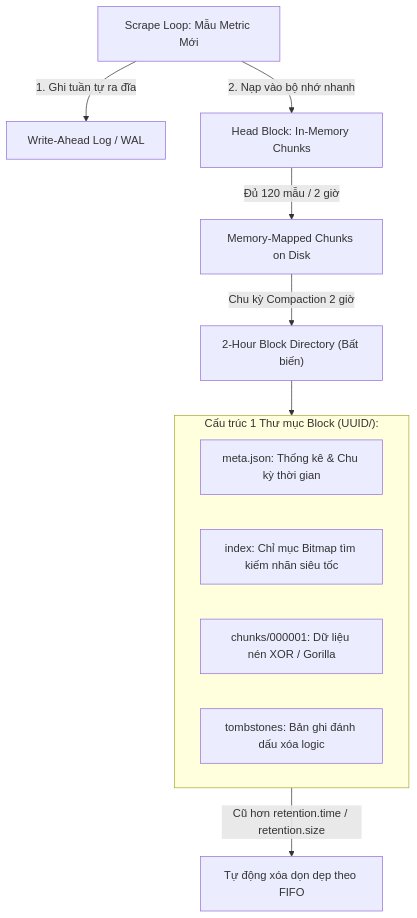
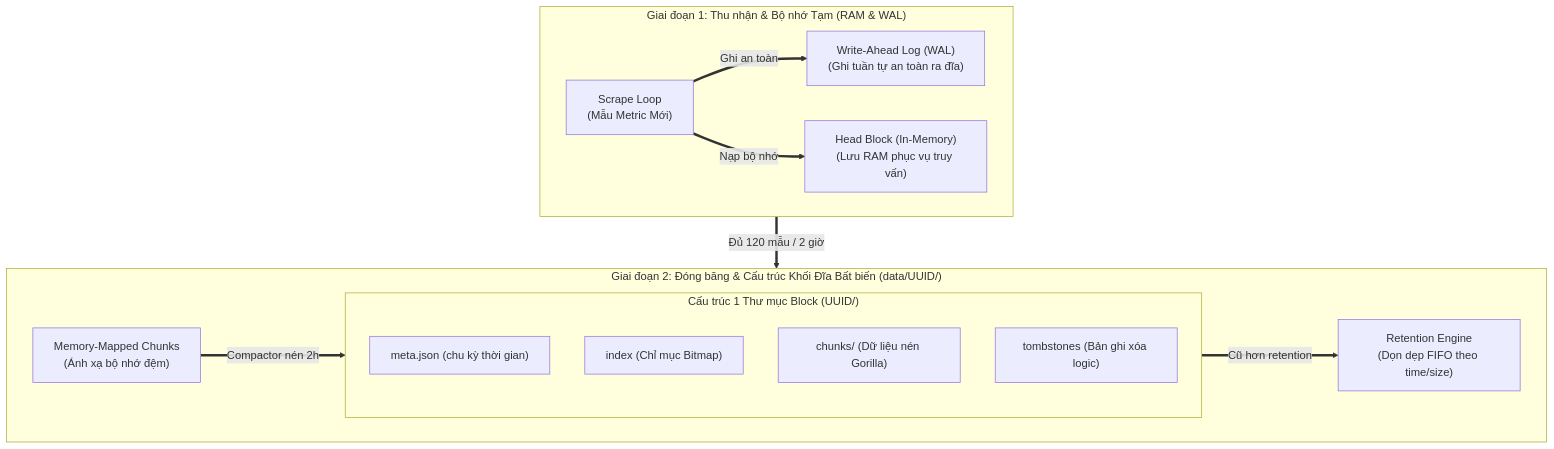
The tenth of 11 diagrams in report.md (DucPham-it/linux_op_lab1), drawn with Mermaid before and after one commit. The commit also changed other lines of this file and 3 other files, not shown here.

````diff
--- a/report.md
+++ b/report.md
@@ -1242,18 +1291,31 @@
 ```mermaid
 flowchart TD
-    Scrape["Scrape Loop: Mẫu Metric Mới"] -->|1. Ghi tuần tự ra đĩa| WAL["Write-Ahead Log / WAL"]
-    Scrape -->|2. Nạp vào bộ nhớ nhanh| HeadMem["Head Block: In-Memory Chunks"]
-    
-    HeadMem -->|Đủ 120 mẫu / 2 giờ| MemMapped["Memory-Mapped Chunks on Disk"]
-    MemMapped -->|Chu kỳ Compaction 2 giờ| BlockDir["2-Hour Block Directory (Bất biến)"]
-    
-    subgraph Block_Structure ["Cấu trúc 1 Thư mục Block (UUID/):"]
-        Meta["meta.json: Thống kê & Chu kỳ thời gian"]
-        Index["index: Chỉ mục Bitmap tìm kiếm nhãn siêu tốc"]
-        Chunks["chunks/000001: Dữ liệu nén XOR / Gorilla"]
-        Tombstone["tombstones: Bản ghi đánh dấu xóa logic"]
+    subgraph Ingestion ["Giai đoạn 1: Thu nhận & Bộ nhớ Tạm (RAM & WAL)"]
+        direction LR
+        Scrape["Scrape Loop<br/>(Mẫu Metric Mới)"]
+        WAL["Write-Ahead Log (WAL)<br/>(Ghi tuần tự an toàn ra đĩa)"]
+        Head["Head Block (In-Memory)<br/>(Lưu RAM phục vụ truy vấn)"]
+        Scrape ==>|"Ghi an toàn"| WAL
+        Scrape ==>|"Nạp bộ nhớ"| Head
     end
-    
-    BlockDir --> Block_Structure
-    Block_Structure -->|Cũ hơn retention.time / retention.size| Cleaner["Tự động xóa dọn dẹp theo FIFO"]
+
+    subgraph Storage ["Giai đoạn 2: Đóng băng & Cấu trúc Khối Đĩa Bất biến (data/UUID/)"]
+        direction LR
+        MM["Memory-Mapped Chunks<br/>(Ánh xạ bộ nhớ đệm)"]
+        
+        subgraph Block_Files ["Cấu trúc 1 Thư mục Block (UUID/)"]
+            direction TB
+            F1["meta.json (chu kỳ thời gian)"]
+            F2["index (Chỉ mục Bitmap)"]
+            F3["chunks/ (Dữ liệu nén Gorilla)"]
+            F4["tombstones (Bản ghi xóa logic)"]
+        end
+
+        Cleaner["Retention Engine<br/>(Dọn dẹp FIFO theo time/size)"]
+
+        MM ==>|"Compactor nén 2h"| Block_Files
+        Block_Files ==>|"Cũ hơn retention"| Cleaner
+    end
+
+    Head ==>|"Đủ 120 mẫu / 2 giờ"| MM
 ```
````
